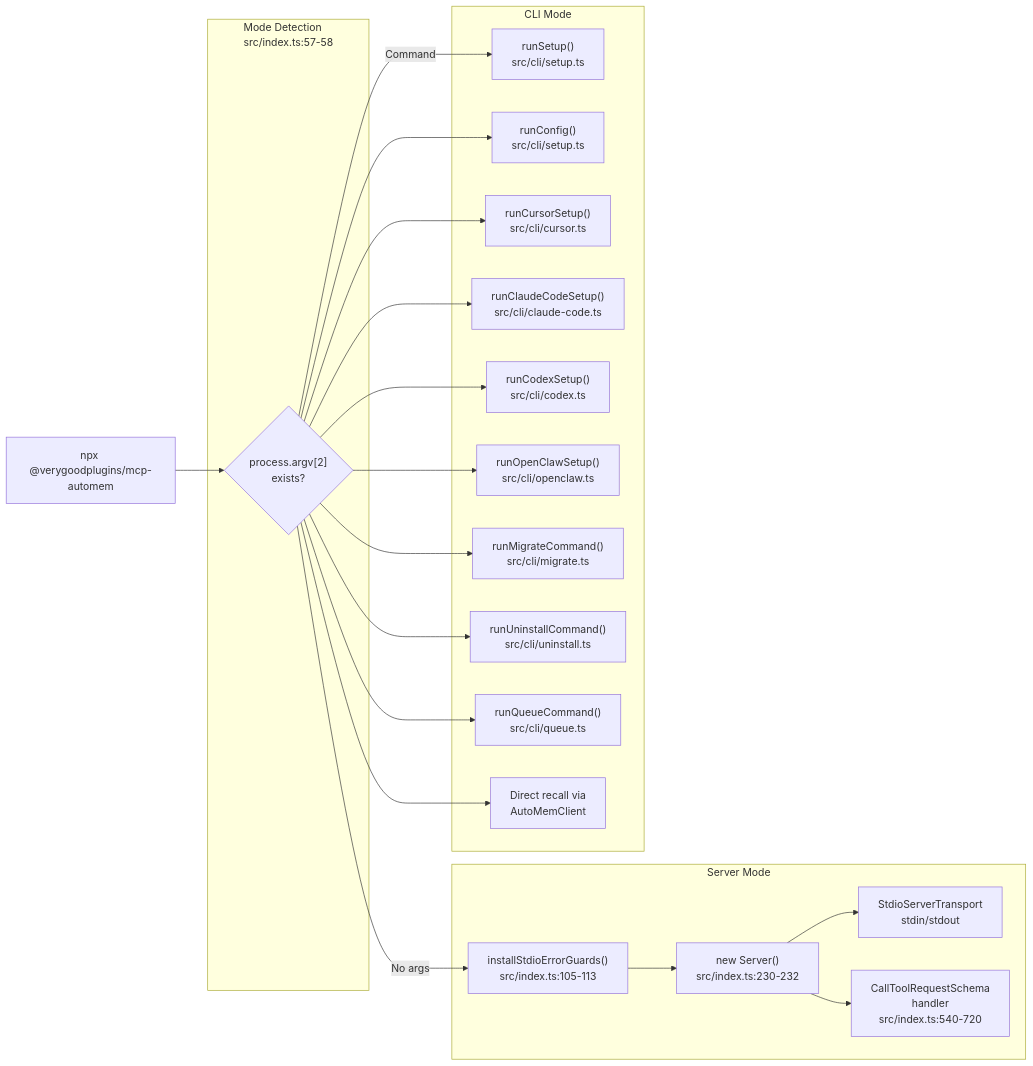
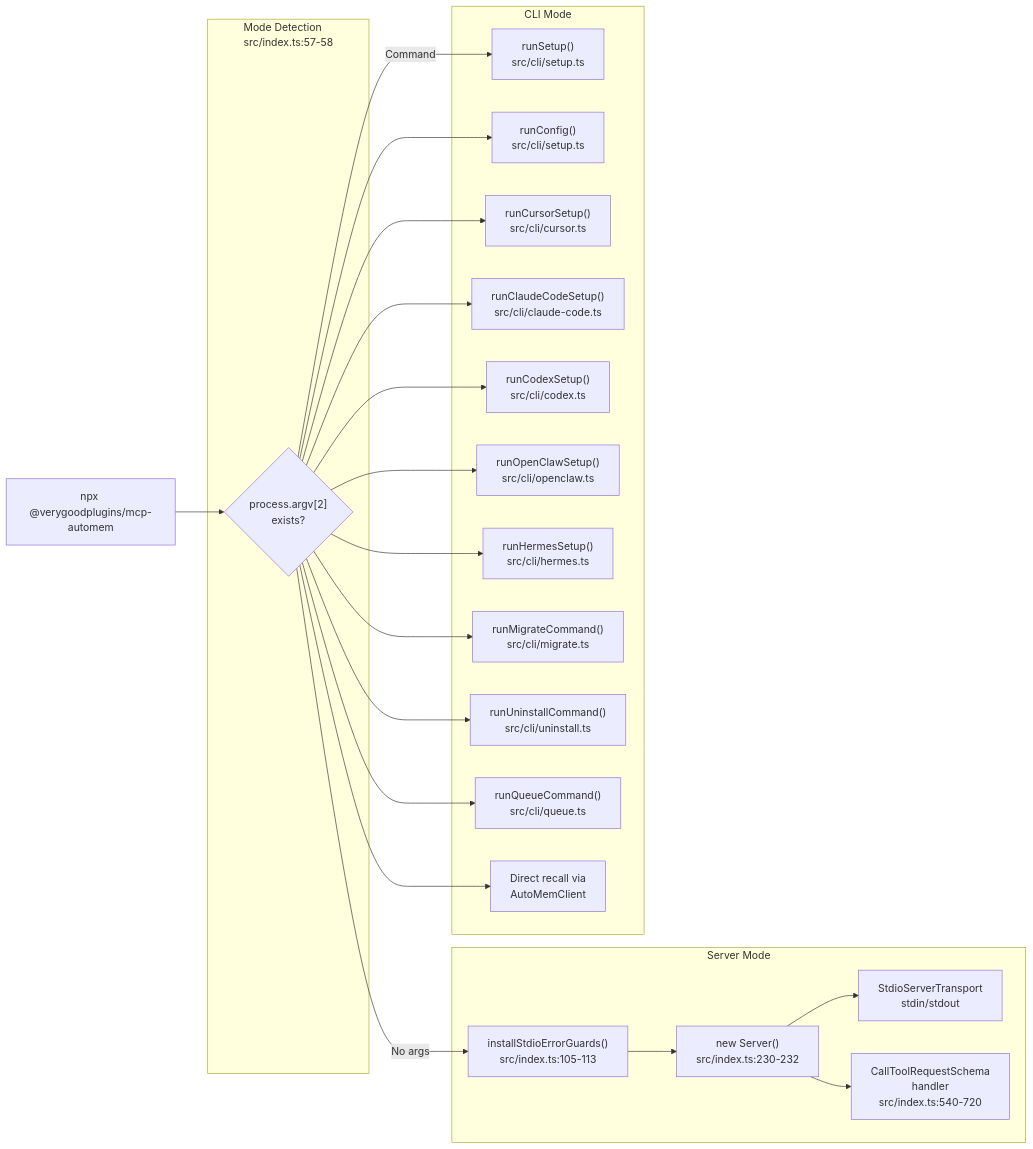
Before and after one commit to verygoodplugins/automem-website: the second of 6 diagrams in src/content/docs/docs/architecture/mcp-bridge.md, drawn with Mermaid. The commit also changed other lines of this file, not shown here.

First line of the commit message:
docs: fix drift in architecture/mcp-bridge

````diff
--- a/src/content/docs/docs/architecture/mcp-bridge.md
+++ b/src/content/docs/docs/architecture/mcp-bridge.md
@@ -81,46 +81,48 @@
 ```mermaid
 graph LR
     START["npx @verygoodplugins/mcp-automem"]
 
     subgraph Detection["Mode Detection<br/>src/index.ts:57-58"]
         CHECK{"process.argv[2]<br/>exists?"}
     end
 
     subgraph Server_Mode["Server Mode"]
         STDIO_GUARD["installStdioErrorGuards()<br/>src/index.ts:105-113"]
         MCP_SERVER["new Server()<br/>src/index.ts:230-232"]
         STDIO_TRANSPORT["StdioServerTransport<br/>stdin/stdout"]
         TOOL_HANDLER["CallToolRequestSchema<br/>handler<br/>src/index.ts:540-720"]
     end
 
     subgraph CLI_Mode["CLI Mode"]
         SETUP["runSetup()<br/>src/cli/setup.ts"]
         CONFIG["runConfig()<br/>src/cli/setup.ts"]
         CURSOR["runCursorSetup()<br/>src/cli/cursor.ts"]
         CLAUDE_CODE["runClaudeCodeSetup()<br/>src/cli/claude-code.ts"]
         CODEX["runCodexSetup()<br/>src/cli/codex.ts"]
         OPENCLAW["runOpenClawSetup()<br/>src/cli/openclaw.ts"]
+        HERMES["runHermesSetup()<br/>src/cli/hermes.ts"]
         MIGRATE["runMigrateCommand()<br/>src/cli/migrate.ts"]
         UNINSTALL["runUninstallCommand()<br/>src/cli/uninstall.ts"]
         QUEUE["runQueueCommand()<br/>src/cli/queue.ts"]
         RECALL["Direct recall via<br/>AutoMemClient"]
     end
 
     START --> CHECK
     CHECK -->|"No args"| STDIO_GUARD
     CHECK -->|"Command"| SETUP
 
     STDIO_GUARD --> MCP_SERVER
     MCP_SERVER --> STDIO_TRANSPORT
     MCP_SERVER --> TOOL_HANDLER
 
     CHECK --> CONFIG
     CHECK --> CURSOR
     CHECK --> CLAUDE_CODE
     CHECK --> CODEX
     CHECK --> OPENCLAW
+    CHECK --> HERMES
     CHECK --> MIGRATE
     CHECK --> UNINSTALL
     CHECK --> QUEUE
     CHECK --> RECALL
 ```
````
